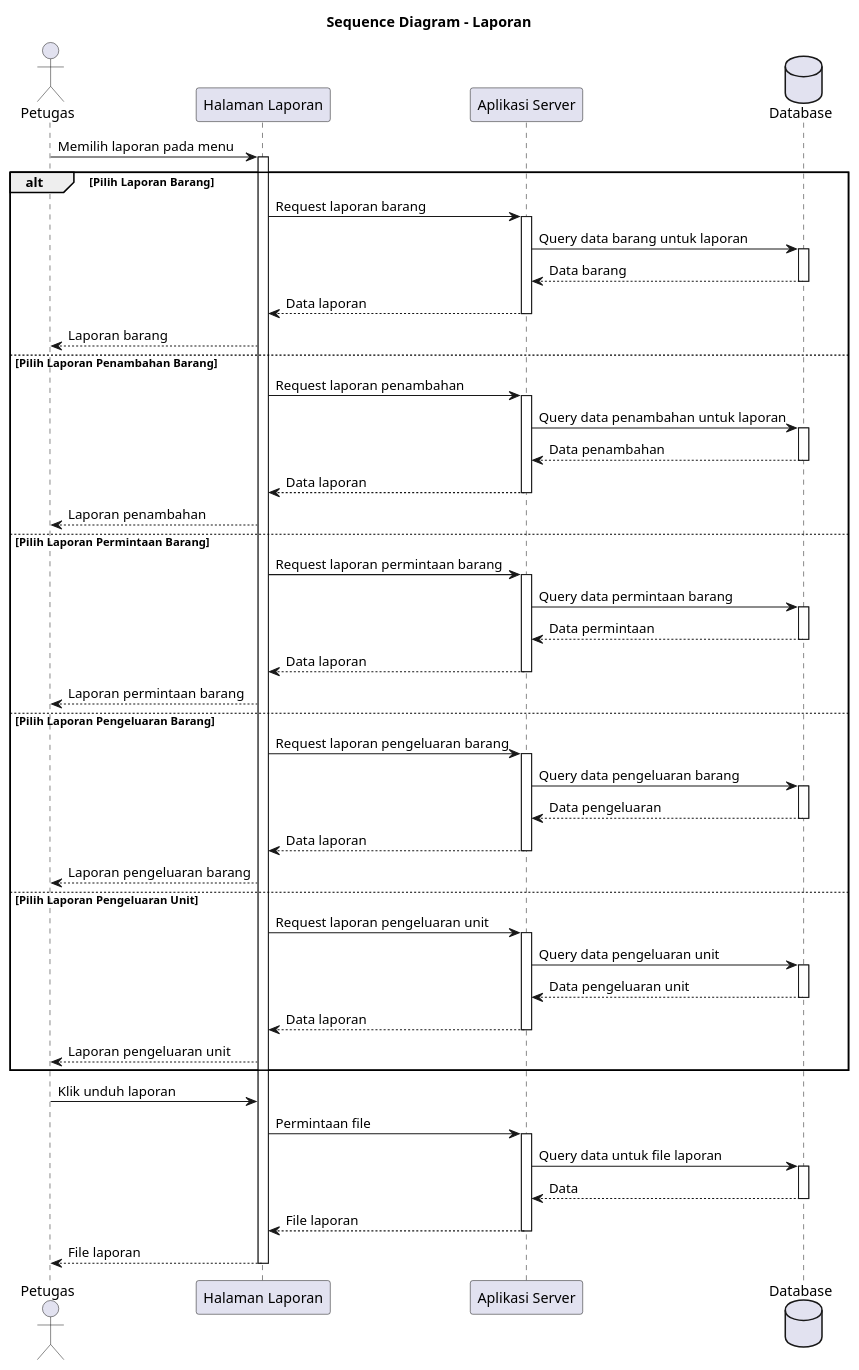
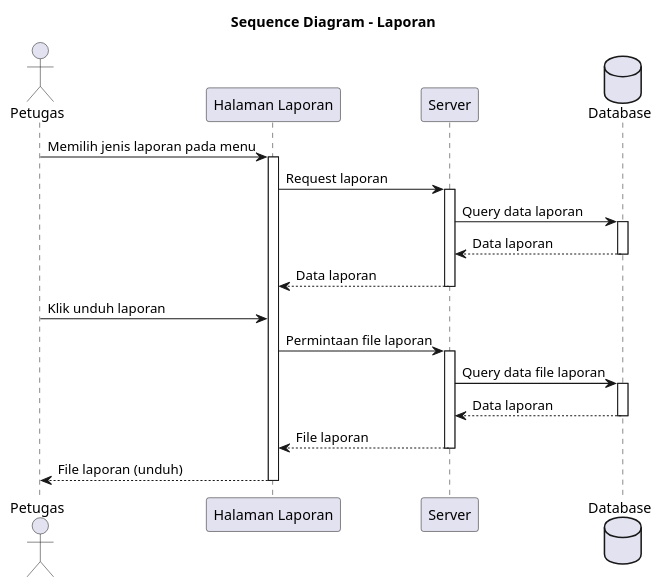
One commit to juntralala/e-atk changed the diagram in docs/sequence/report.puml. Above: the diagram before and after it, drawn with PlantUML. The commit also changed 38 other files, not shown here.

```diff
--- a/docs/sequence/report.puml
+++ b/docs/sequence/report.puml
@@ -1,79 +1,34 @@
-@startuml
+@startuml Laporan
 title Sequence Diagram - Laporan
 
 actor "Petugas" as actor1
 participant "Halaman Laporan" as laporan
-participant "Aplikasi Server" as sistem
+participant "Server" as sistem
 database "Database" as db
 
-actor1 -> laporan: Memilih laporan pada menu
+actor1 -> laporan: Memilih jenis laporan pada menu
 activate laporan
 
-alt Pilih Laporan Barang
-    laporan -> sistem: Request laporan barang
-    activate sistem
-    sistem -> db: Query data barang untuk laporan
-    activate db
-    db --> sistem: Data barang
-    deactivate db
-    sistem --> laporan: Data laporan
-    deactivate sistem
-    laporan --> actor1: Laporan barang
-    
-else Pilih Laporan Penambahan Barang
-    laporan -> sistem: Request laporan penambahan
-    activate sistem
-    sistem -> db: Query data penambahan untuk laporan
-    activate db
-    db --> sistem: Data penambahan
-    deactivate db
-    sistem --> laporan: Data laporan
-    deactivate sistem
-    laporan --> actor1: Laporan penambahan
-    
-else Pilih Laporan Permintaan Barang
-    laporan -> sistem: Request laporan permintaan barang
-    activate sistem
-    sistem -> db: Query data permintaan barang
-    activate db
-    db --> sistem: Data permintaan
-    deactivate db
-    sistem --> laporan: Data laporan
-    deactivate sistem
-    laporan --> actor1: Laporan permintaan barang
-    
-else Pilih Laporan Pengeluaran Barang
-    laporan -> sistem: Request laporan pengeluaran barang
-    activate sistem
-    sistem -> db: Query data pengeluaran barang
-    activate db
-    db --> sistem: Data pengeluaran
-    deactivate db
-    sistem --> laporan: Data laporan
-    deactivate sistem
-    laporan --> actor1: Laporan pengeluaran barang
-    
-else Pilih Laporan Pengeluaran Unit
-    laporan -> sistem: Request laporan pengeluaran unit
-    activate sistem
-    sistem -> db: Query data pengeluaran unit
-    activate db
-    db --> sistem: Data pengeluaran unit
-    deactivate db
-    sistem --> laporan: Data laporan
-    deactivate sistem
-    laporan --> actor1: Laporan pengeluaran unit
-end
+laporan -> sistem: Request laporan
+activate sistem
+sistem -> db: Query data laporan
+activate db
+db --> sistem: Data laporan
+deactivate db
+sistem --> laporan: Data laporan
+deactivate sistem
+' laporan --> actor1: Tampilkan laporan
 
 actor1 -> laporan: Klik unduh laporan
-laporan -> sistem: Permintaan file
+laporan -> sistem: Permintaan file laporan
 activate sistem
-sistem -> db: Query data untuk file laporan
+sistem -> db: Query data file laporan
 activate db
-db --> sistem: Data
+db --> sistem: Data laporan
 deactivate db
 sistem --> laporan: File laporan
 deactivate sistem
-laporan --> actor1: File laporan
+laporan --> actor1: File laporan (unduh)
 deactivate laporan
+
 @enduml
```
